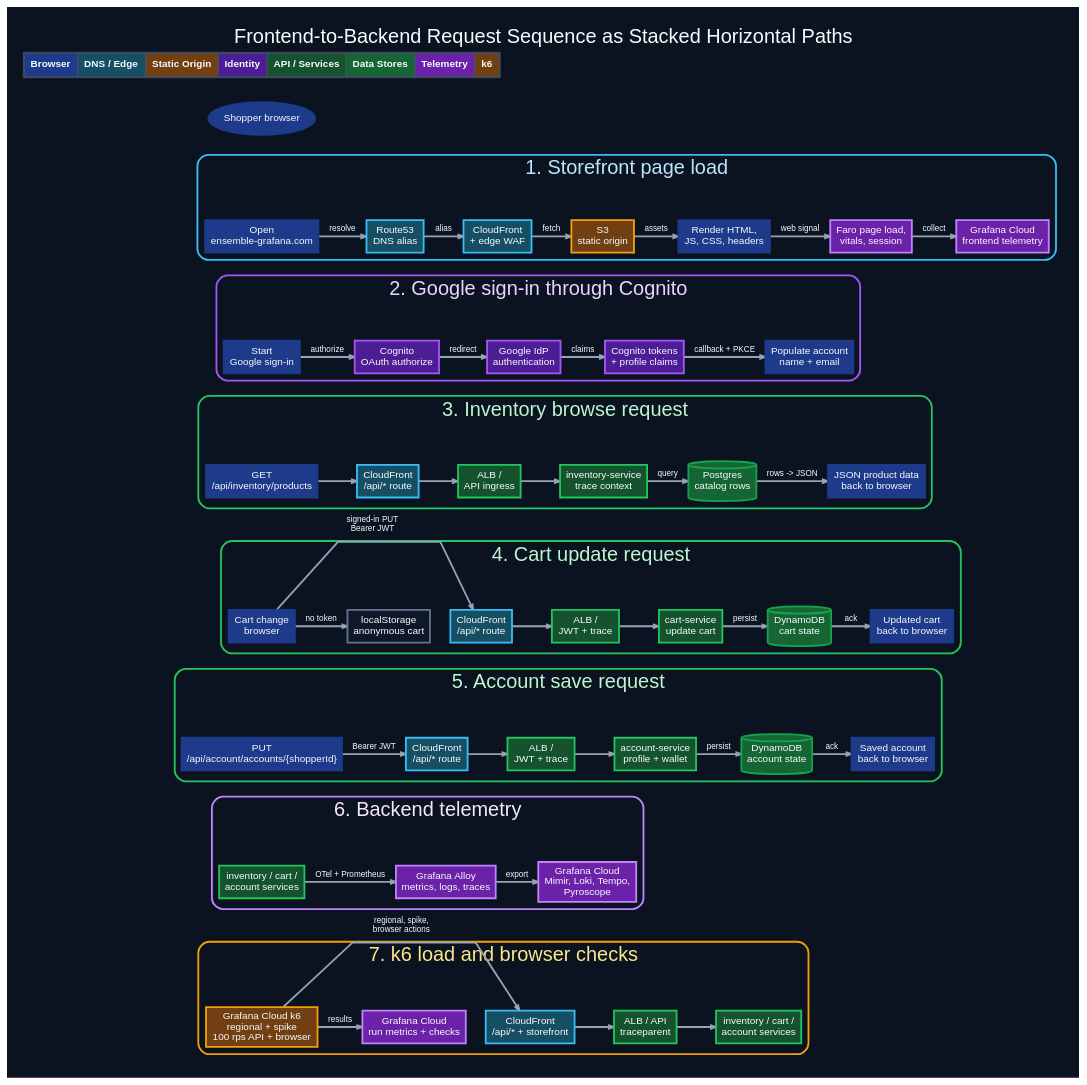
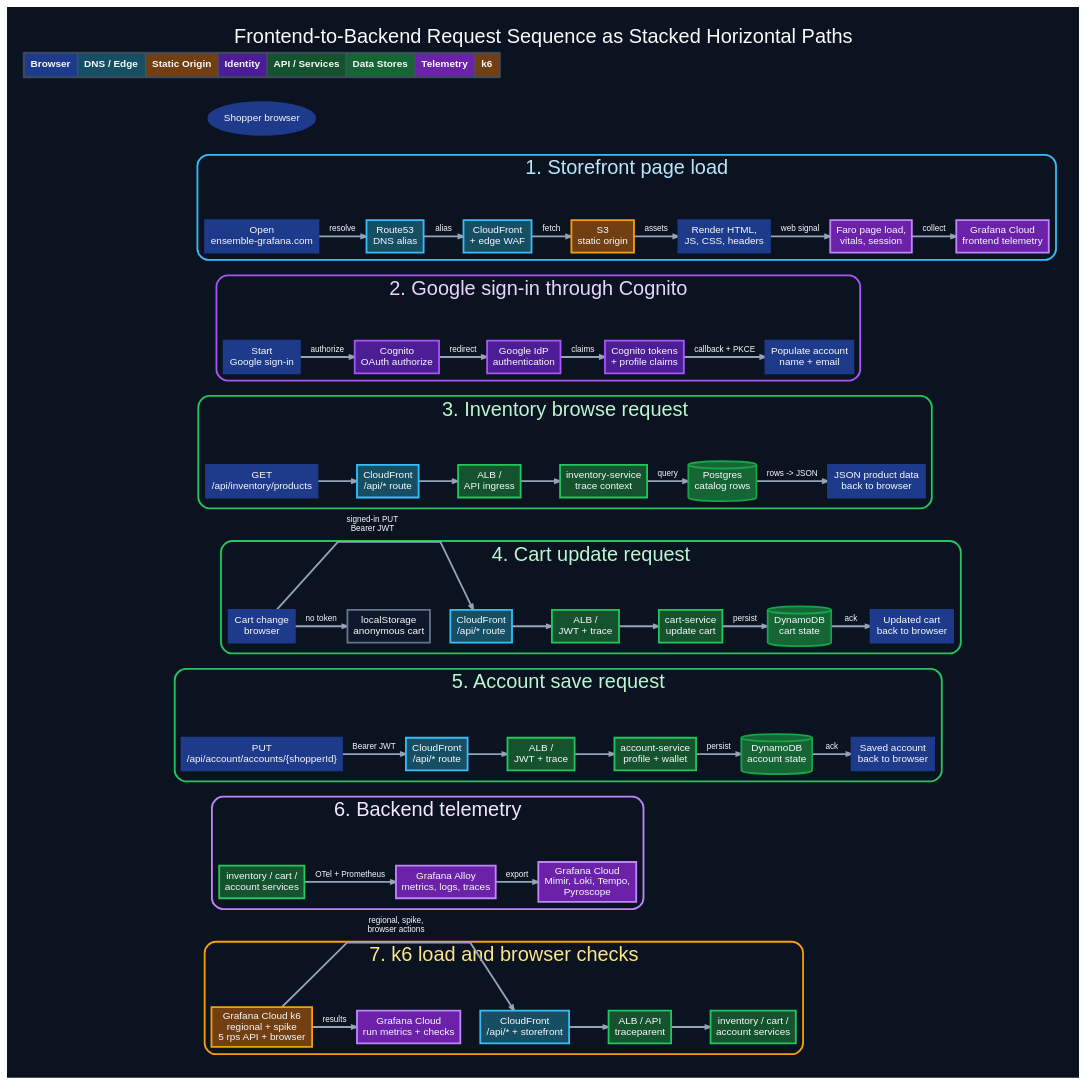
The second of 4 diagrams in DIAGRAMS.md (orenlion1/ensemble-retail), drawn with Graphviz before and after one commit. The commit also changed other lines of this file and 55 other files, not shown here.

```diff
--- a/DIAGRAMS.md
+++ b/DIAGRAMS.md
@@ -296,7 +296,7 @@
     color="#f59e0b";
     fontcolor="#fde68a";
     style="rounded,setlinewidth(2)";
-    k6_runner [label="Grafana Cloud k6\nregional + spike\n100 rps API + browser", fillcolor="#713f12", color="#f59e0b", group=c1];
+    k6_runner [label="Grafana Cloud k6\nregional + spike\n5 rps API + browser", fillcolor="#713f12", color="#f59e0b", group=c1];
     k6_cf [label="CloudFront\n/api/* + storefront", fillcolor="#164e63", color="#38bdf8", group=c2];
     k6_api [label="ALB / API\ntraceparent", fillcolor="#14532d", color="#22c55e", group=c3];
     k6_services [label="inventory / cart /\naccount services", fillcolor="#14532d", color="#22c55e", group=c4];
```
